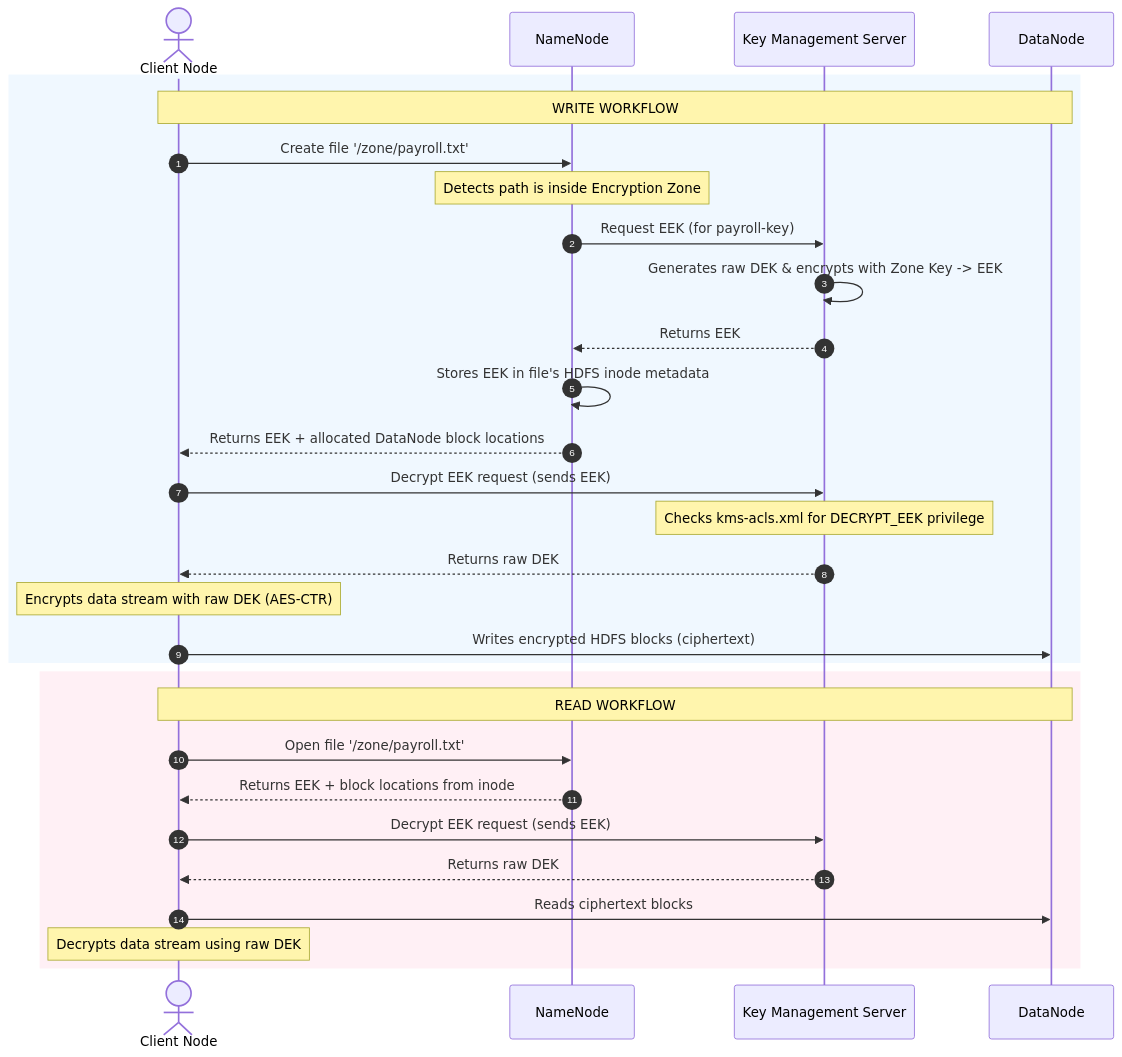
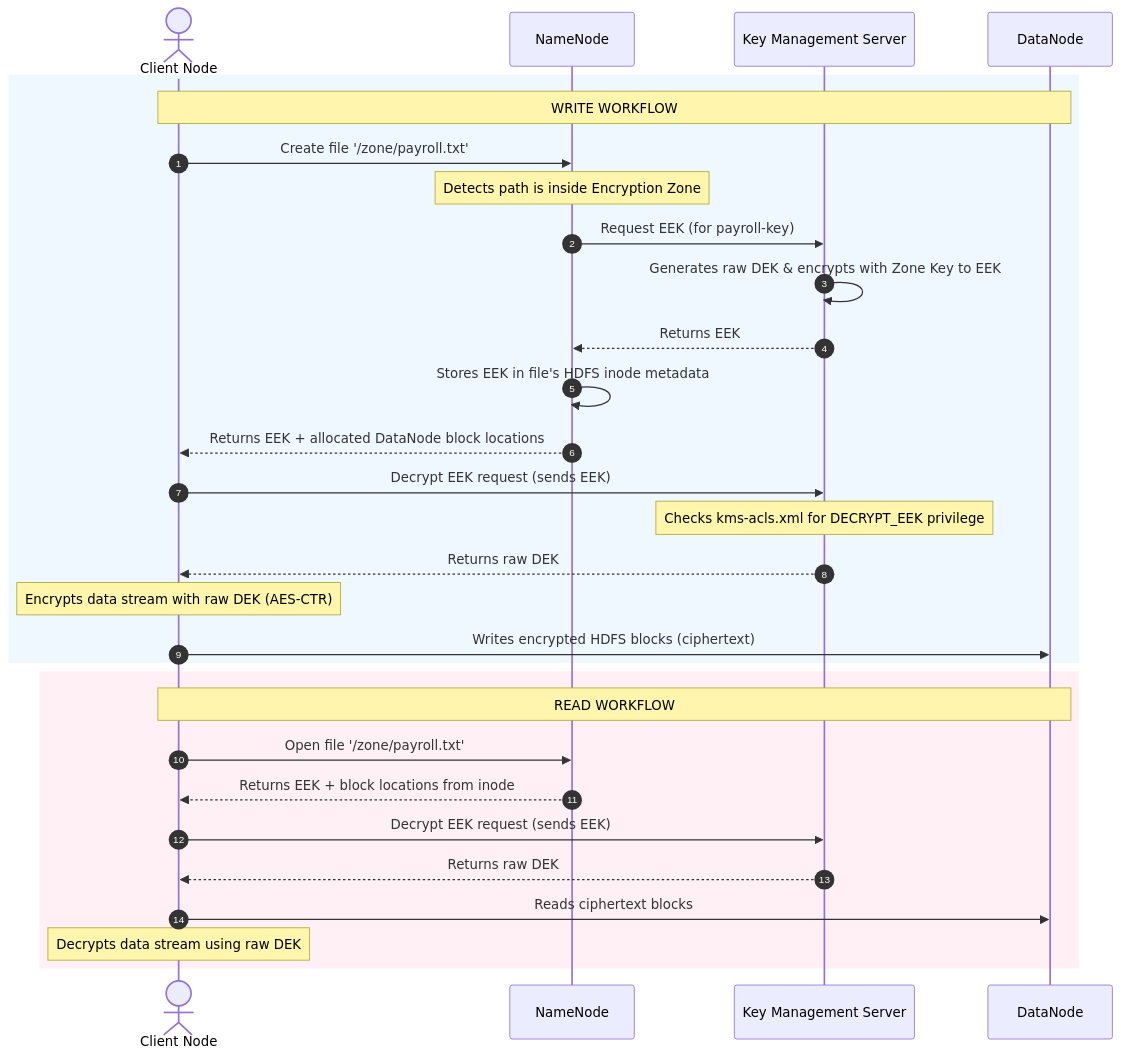
The diagram in Day-04-HDFS-Security-Encryption/diagrams/encryption-zone-workflow.mermaid (userhimanshuverma/30_Days_of_Modern_Hadoop_Ecosystem), drawn with Mermaid before and after one commit. The commit also changed 4 other files, not shown here.

Commit message:
fix: resolve Mermaid diagram syntax rendering compatibility issues

```diff
--- a/Day-04-HDFS-Security-Encryption/diagrams/encryption-zone-workflow.mermaid
+++ b/Day-04-HDFS-Security-Encryption/diagrams/encryption-zone-workflow.mermaid
@@ -1,32 +1,32 @@
 sequenceDiagram
     autonumber
     actor Client as Client Node
     participant NN as NameNode
     participant KMS as Key Management Server
     participant DN as DataNode
 
     rect rgb(240, 248, 255)
         Note over Client, DN: WRITE WORKFLOW
         Client->>NN: Create file '/zone/payroll.txt'
         Note over NN: Detects path is inside Encryption Zone
         NN->>KMS: Request EEK (for payroll-key)
-        KMS->>KMS: Generates raw DEK & encrypts with Zone Key -> EEK
+        KMS->>KMS: Generates raw DEK & encrypts with Zone Key to EEK
         KMS-->>NN: Returns EEK
         NN->>NN: Stores EEK in file's HDFS inode metadata
         NN-->>Client: Returns EEK + allocated DataNode block locations
         Client->>KMS: Decrypt EEK request (sends EEK)
         Note over KMS: Checks kms-acls.xml for DECRYPT_EEK privilege
         KMS-->>Client: Returns raw DEK
         Note over Client: Encrypts data stream with raw DEK (AES-CTR)
         Client->>DN: Writes encrypted HDFS blocks (ciphertext)
     end
 
     rect rgb(255, 240, 245)
         Note over Client, DN: READ WORKFLOW
         Client->>NN: Open file '/zone/payroll.txt'
         NN-->>Client: Returns EEK + block locations from inode
         Client->>KMS: Decrypt EEK request (sends EEK)
         KMS-->>Client: Returns raw DEK
         Client->>DN: Reads ciphertext blocks
         Note over Client: Decrypts data stream using raw DEK
     end
```
